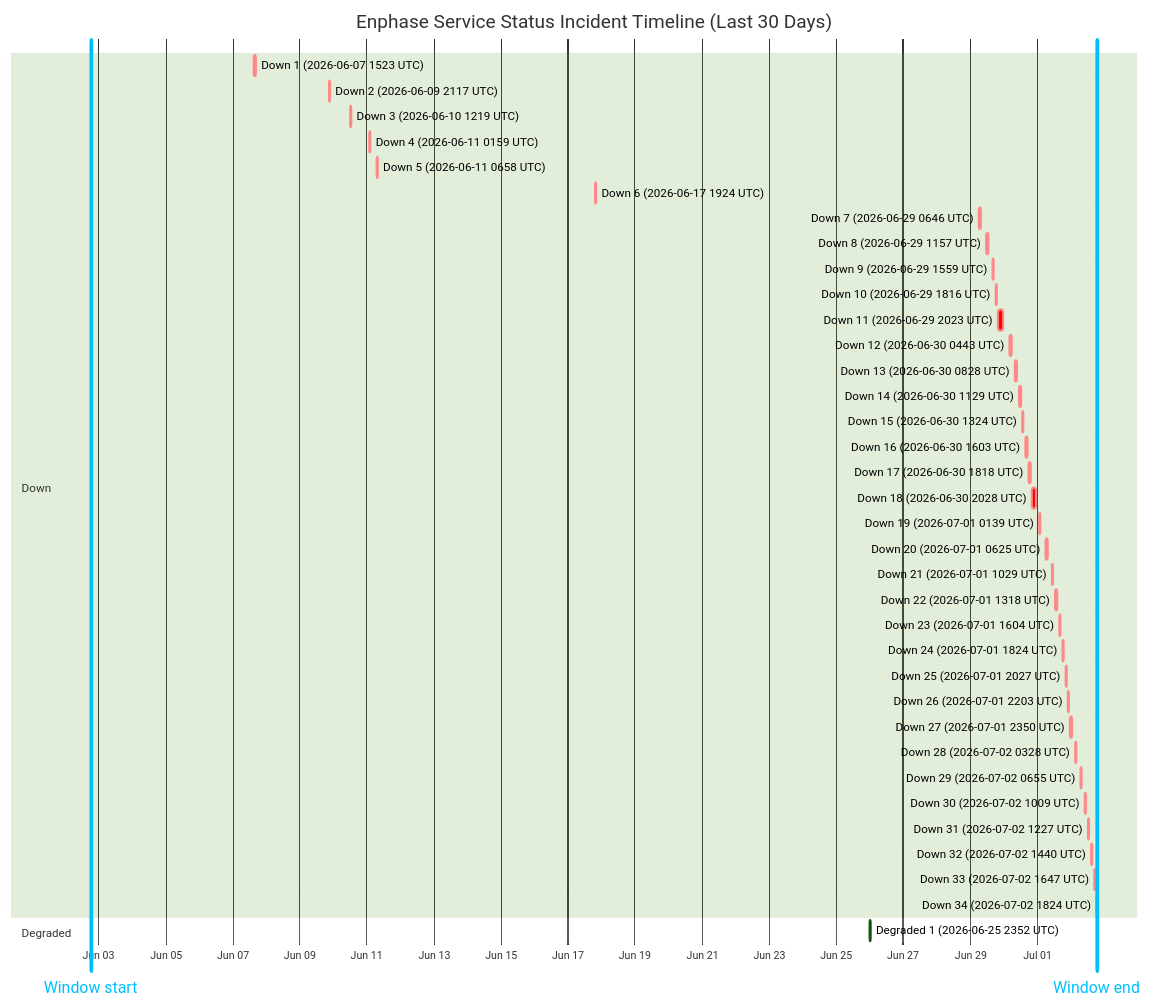
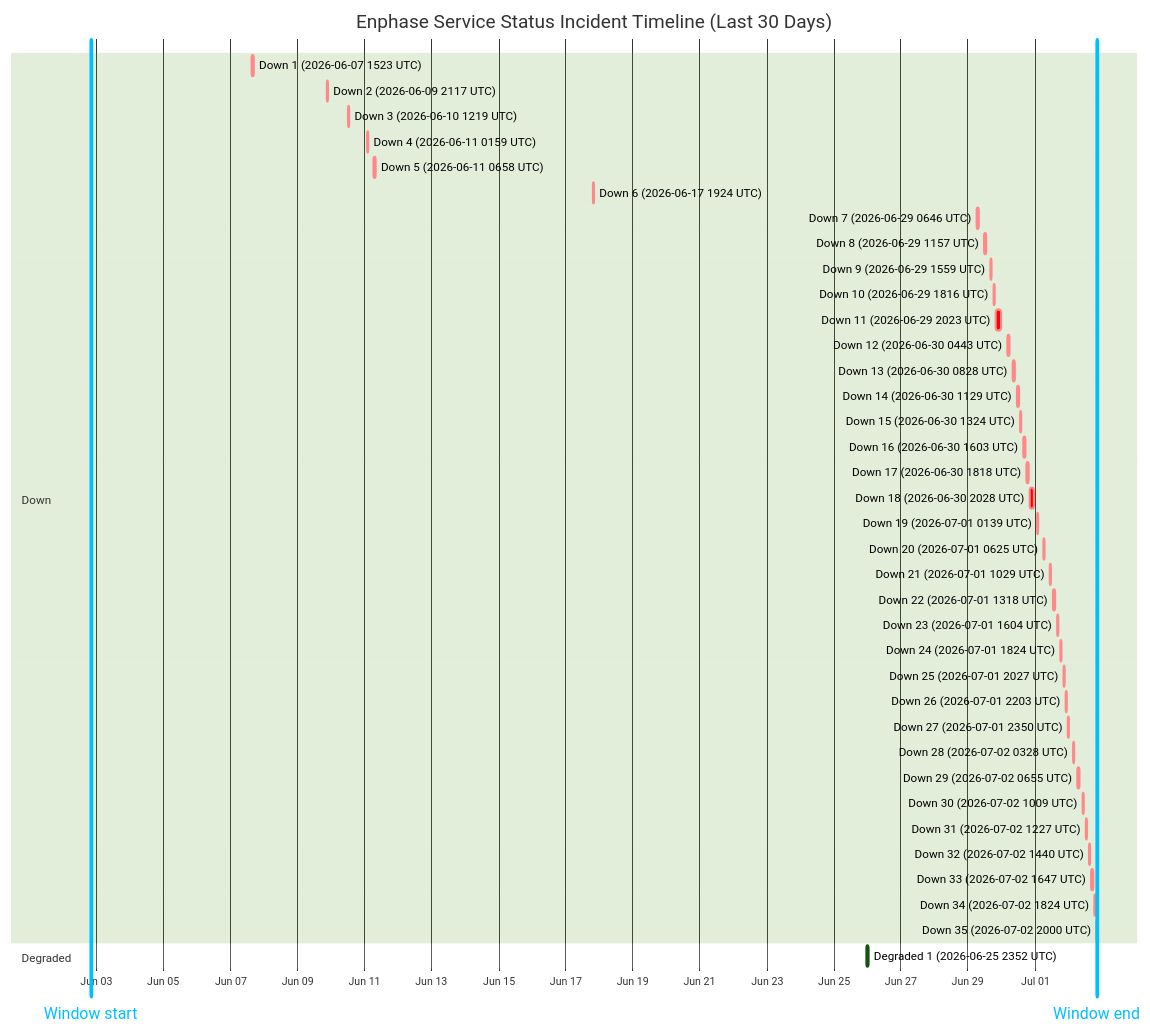
One commit to barneyonline/ha-enphase-energy changed the diagram in wiki/Service-Status-History.md. Above: the diagram before and after it, drawn with Mermaid (forest theme). The commit also changed other lines of this file and 3 other files, not shown here.

````diff
--- a/wiki/Service-Status-History.md
+++ b/wiki/Service-Status-History.md
@@ -14,45 +14,46 @@
 ```mermaid
 gantt
     title Enphase Service Status Incident Timeline (Last 30 Days)
     dateFormat  YYYY-MM-DDTHH:mm:ss
     axisFormat  %b %d
-    Window start :vert, window-start, 2026-06-02T18:24:26, 0ms
-    Window end :vert, window-end, 2026-07-02T18:24:26, 0ms
+    Window start :vert, window-start, 2026-06-02T20:00:57, 0ms
+    Window end :vert, window-end, 2026-07-02T20:00:57, 0ms
     section Down
     Down 1 (2026-06-07 1523 UTC) :crit, down-1, 2026-06-07T15:23:22, 87m
     Down 2 (2026-06-09 2117 UTC) :crit, down-2, 2026-06-09T21:17:17, 60m
     Down 3 (2026-06-10 1219 UTC) :crit, down-3, 2026-06-10T12:19:21, 60m
     Down 4 (2026-06-11 0159 UTC) :crit, down-4, 2026-06-11T01:59:36, 60m
     Down 5 (2026-06-11 0658 UTC) :crit, down-5, 2026-06-11T06:58:45, 60m
     Down 6 (2026-06-17 1924 UTC) :crit, down-6, 2026-06-17T19:24:51, 60m
     Down 7 (2026-06-29 0646 UTC) :crit, down-7, 2026-06-29T06:46:18, 60m
     Down 8 (2026-06-29 1157 UTC) :crit, down-8, 2026-06-29T11:57:36, 60m
     Down 9 (2026-06-29 1559 UTC) :crit, down-9, 2026-06-29T15:59:02, 60m
     Down 10 (2026-06-29 1816 UTC) :crit, down-10, 2026-06-29T18:16:38, 60m
     Down 11 (2026-06-29 2023 UTC) :crit, down-11, 2026-06-29T20:23:16, 220m
     Down 12 (2026-06-30 0443 UTC) :crit, down-12, 2026-06-30T04:43:54, 60m
     Down 13 (2026-06-30 0828 UTC) :crit, down-13, 2026-06-30T08:28:43, 60m
     Down 14 (2026-06-30 1129 UTC) :crit, down-14, 2026-06-30T11:29:15, 60m
     Down 15 (2026-06-30 1324 UTC) :crit, down-15, 2026-06-30T13:24:25, 60m
     Down 16 (2026-06-30 1603 UTC) :crit, down-16, 2026-06-30T16:03:26, 60m
     Down 17 (2026-06-30 1818 UTC) :crit, down-17, 2026-06-30T18:18:39, 60m
     Down 18 (2026-06-30 2028 UTC) :crit, down-18, 2026-06-30T20:28:54, 171m
     Down 19 (2026-07-01 0139 UTC) :crit, down-19, 2026-07-01T01:39:18, 60m
     Down 20 (2026-07-01 0625 UTC) :crit, down-20, 2026-07-01T06:25:35, 60m
     Down 21 (2026-07-01 1029 UTC) :crit, down-21, 2026-07-01T10:29:24, 60m
     Down 22 (2026-07-01 1318 UTC) :crit, down-22, 2026-07-01T13:18:31, 60m
     Down 23 (2026-07-01 1604 UTC) :crit, down-23, 2026-07-01T16:04:29, 60m
     Down 24 (2026-07-01 1824 UTC) :crit, down-24, 2026-07-01T18:24:21, 60m
     Down 25 (2026-07-01 2027 UTC) :crit, down-25, 2026-07-01T20:27:17, 60m
     Down 26 (2026-07-01 2203 UTC) :crit, down-26, 2026-07-01T22:03:46, 60m
     Down 27 (2026-07-01 2350 UTC) :crit, down-27, 2026-07-01T23:50:52, 60m
     Down 28 (2026-07-02 0328 UTC) :crit, down-28, 2026-07-02T03:28:33, 60m
     Down 29 (2026-07-02 0655 UTC) :crit, down-29, 2026-07-02T06:55:07, 60m
     Down 30 (2026-07-02 1009 UTC) :crit, down-30, 2026-07-02T10:09:15, 60m
     Down 31 (2026-07-02 1227 UTC) :crit, down-31, 2026-07-02T12:27:49, 60m
     Down 32 (2026-07-02 1440 UTC) :crit, down-32, 2026-07-02T14:40:53, 60m
     Down 33 (2026-07-02 1647 UTC) :crit, down-33, 2026-07-02T16:47:47, 60m
     Down 34 (2026-07-02 1824 UTC) :crit, down-34, 2026-07-02T18:24:26, 60m
+    Down 35 (2026-07-02 2000 UTC) :crit, down-35, 2026-07-02T20:00:57, 60m
     section Degraded
     Degraded 1 (2026-06-25 2352 UTC) :active, degraded-1, 2026-06-25T23:52:01, 60m
 ```
````
